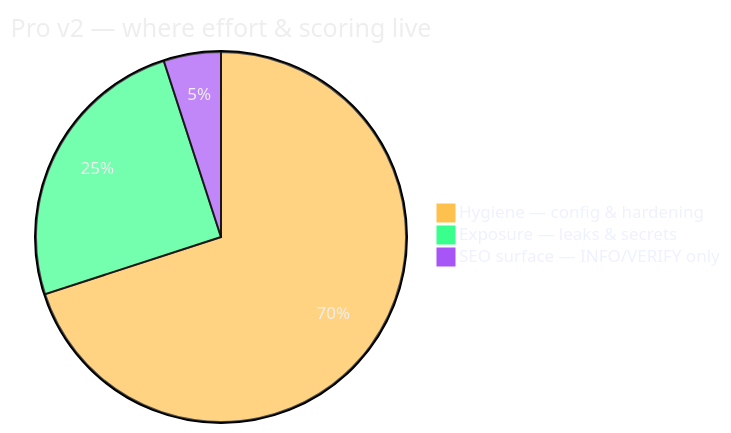
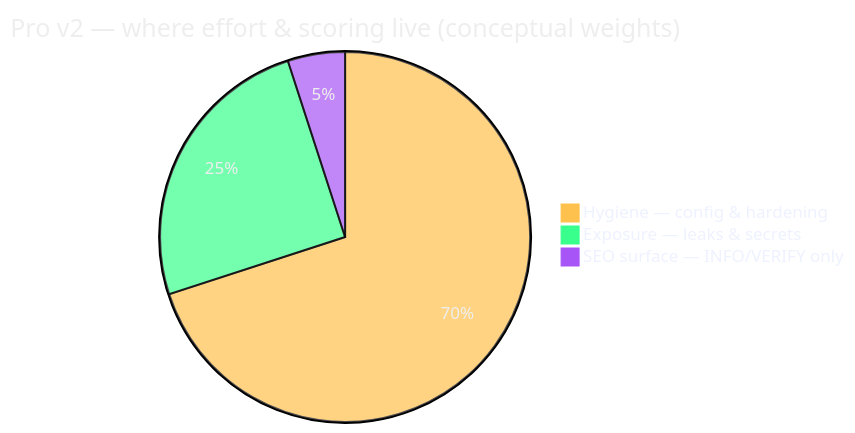
Before and after one commit to Vlad-1618M/web_audit: the second of 7 diagrams in v2_python_core/docs/diagrams.md, drawn with Mermaid. The commit also changed other lines of this file and 80 other files, not shown here.

````diff
--- a/v2_python_core/docs/diagrams.md
+++ b/v2_python_core/docs/diagrams.md
@@ -50,19 +50,19 @@
 ```mermaid
 %%{init: {
   'theme': 'base',
   'themeVariables': {
     'darkMode': true,
     'background': '#030306',
     'pie1': '#ffc14d',
     'pie2': '#39ff8c',
     'pie3': '#a855f7',
     'pieStrokeColor': '#030306',
     'pieLegendTextColor': '#eef2ff',
     'titleColor': '#00f0ff'
   }
 }}%%
-pie title Pro v2 — where effort & scoring live
+pie title Pro v2 — where effort & scoring live (conceptual weights)
     "Hygiene — config & hardening" : 70
     "Exposure — leaks & secrets" : 25
     "SEO surface — INFO/VERIFY only" : 5
 ```
````
